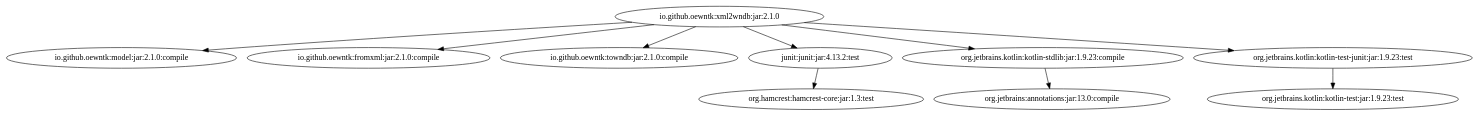
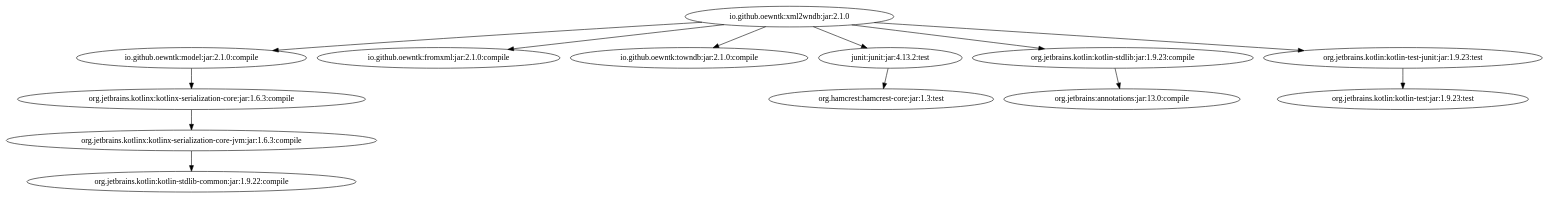
The diagram in images/grind-xml2wndb.dot (oewntk/grind_xml2wndb), drawn with Graphviz before and after one commit.

Commit message:
kotlin serialization

```diff
--- a/images/grind-xml2wndb.dot
+++ b/images/grind-xml2wndb.dot
@@ -1,11 +1,14 @@
 digraph "io.github.oewntk:xml2wndb:jar:2.1.0" { 
 	"io.github.oewntk:xml2wndb:jar:2.1.0" -> "io.github.oewntk:model:jar:2.1.0:compile" ; 
 	"io.github.oewntk:xml2wndb:jar:2.1.0" -> "io.github.oewntk:fromxml:jar:2.1.0:compile" ; 
 	"io.github.oewntk:xml2wndb:jar:2.1.0" -> "io.github.oewntk:towndb:jar:2.1.0:compile" ; 
 	"io.github.oewntk:xml2wndb:jar:2.1.0" -> "junit:junit:jar:4.13.2:test" ; 
 	"io.github.oewntk:xml2wndb:jar:2.1.0" -> "org.jetbrains.kotlin:kotlin-stdlib:jar:1.9.23:compile" ; 
 	"io.github.oewntk:xml2wndb:jar:2.1.0" -> "org.jetbrains.kotlin:kotlin-test-junit:jar:1.9.23:test" ; 
+	"io.github.oewntk:model:jar:2.1.0:compile" -> "org.jetbrains.kotlinx:kotlinx-serialization-core:jar:1.6.3:compile" ; 
+	"org.jetbrains.kotlinx:kotlinx-serialization-core:jar:1.6.3:compile" -> "org.jetbrains.kotlinx:kotlinx-serialization-core-jvm:jar:1.6.3:compile" ; 
+	"org.jetbrains.kotlinx:kotlinx-serialization-core-jvm:jar:1.6.3:compile" -> "org.jetbrains.kotlin:kotlin-stdlib-common:jar:1.9.22:compile" ; 
 	"junit:junit:jar:4.13.2:test" -> "org.hamcrest:hamcrest-core:jar:1.3:test" ; 
 	"org.jetbrains.kotlin:kotlin-stdlib:jar:1.9.23:compile" -> "org.jetbrains:annotations:jar:13.0:compile" ; 
 	"org.jetbrains.kotlin:kotlin-test-junit:jar:1.9.23:test" -> "org.jetbrains.kotlin:kotlin-test:jar:1.9.23:test" ; 
  } 
```
